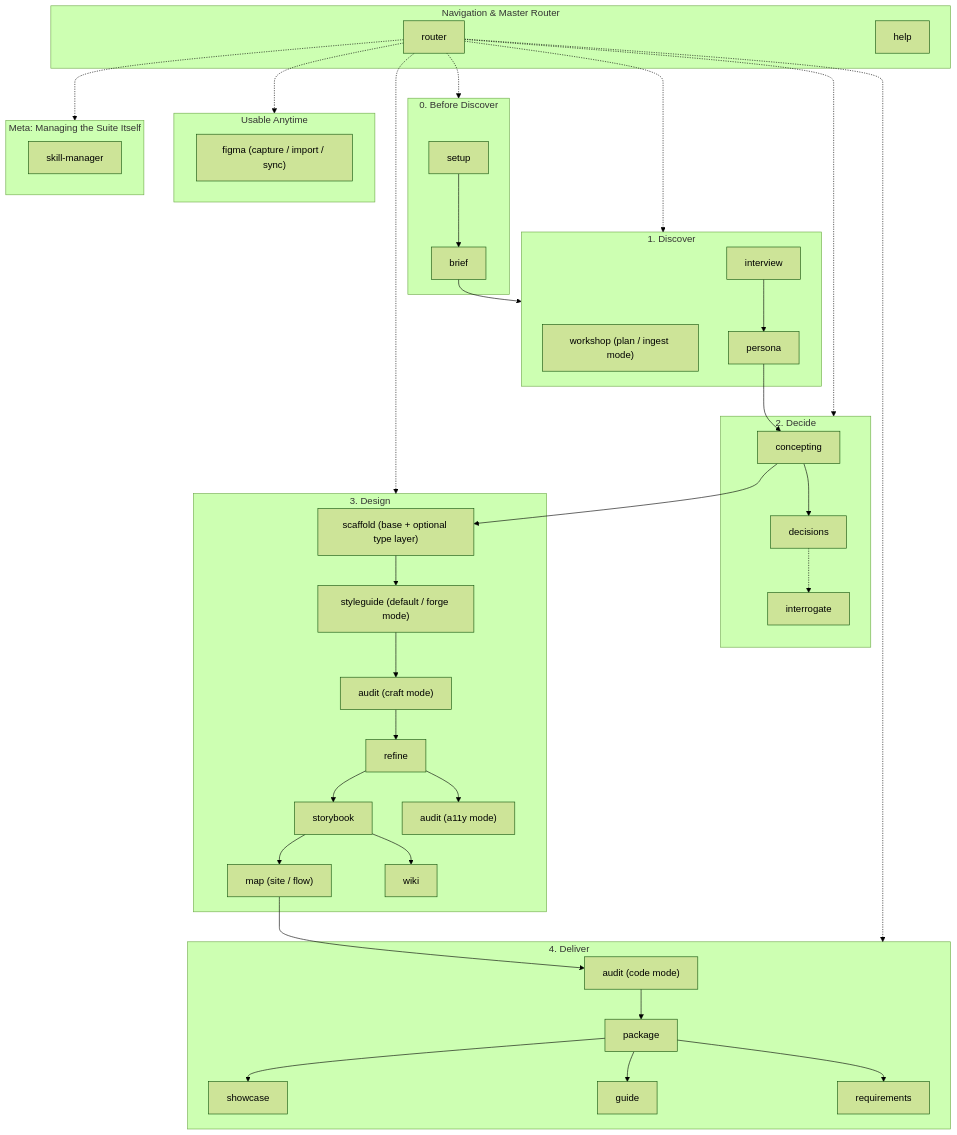
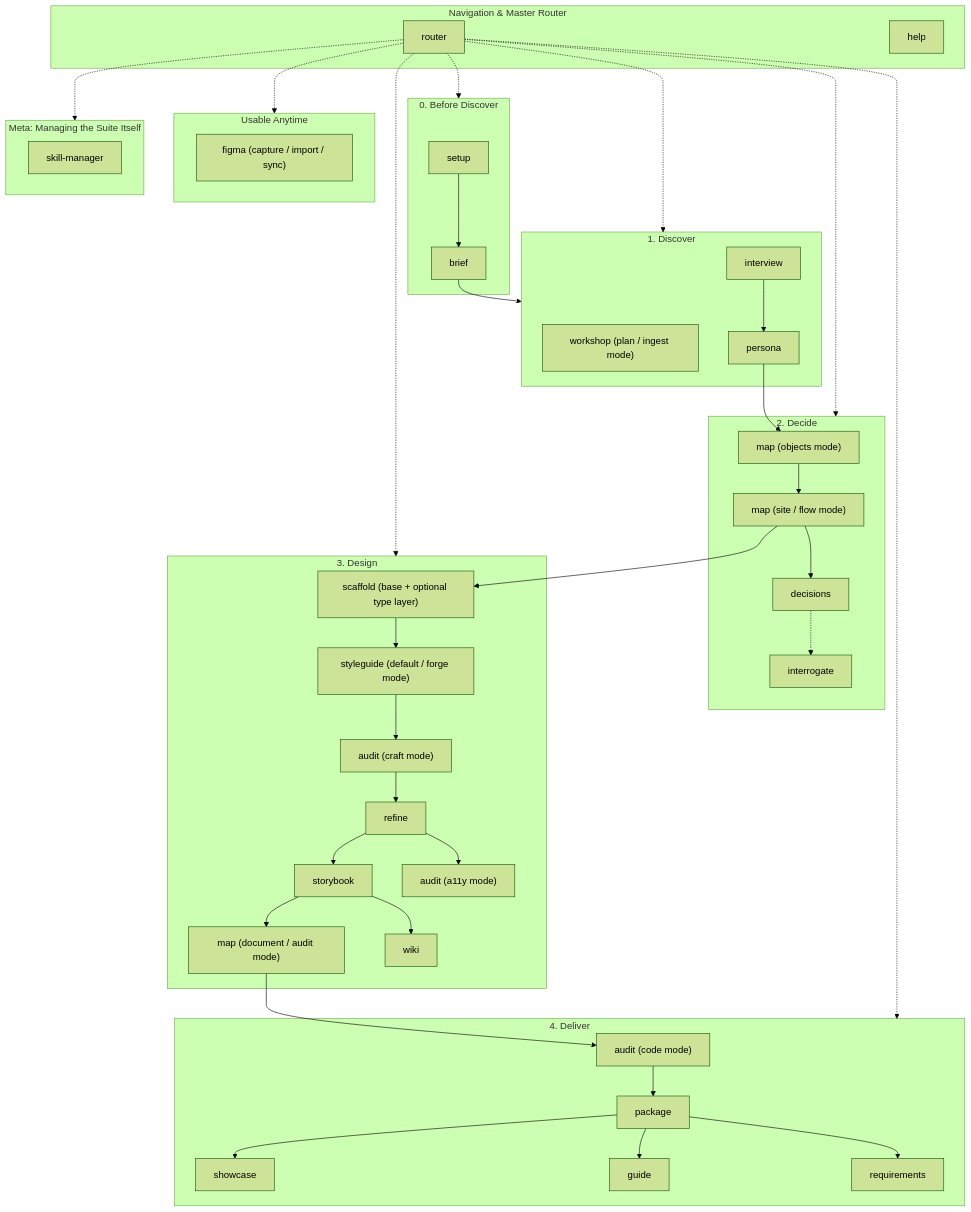
Before and after one commit to RPalis/AIXLab-Atlas: the diagram in AGENTS.md, drawn with Mermaid (forest theme). The commit also changed other lines of this file and 11 other files, not shown here.

````diff
--- a/AGENTS.md
+++ b/AGENTS.md
@@ -15,58 +15,59 @@
 ```mermaid
 flowchart TD
     subgraph Router ["Navigation & Master Router"]
         R0[router]
         RH[help]
     end
 
     subgraph Before ["0. Before Discover"]
         P00[setup] --> P00B[brief]
     end
 
     subgraph Discover ["1. Discover"]
         P0W["workshop (plan / ingest mode)"]
         P0U[interview] --> P1[persona]
     end
 
     subgraph Decide ["2. Decide"]
-        P1 --> P2[concepting]
-        P2 --> P7B[decisions]
+        P1 --> P2["map (objects mode)"]
+        P2 --> P2B["map (site / flow mode)"]
+        P2B --> P7B[decisions]
         P7B -.-> P7C[interrogate]
     end
 
     subgraph Design ["3. Design"]
-        P2 --> P3["scaffold (base + optional type layer)"]
+        P2B --> P3["scaffold (base + optional type layer)"]
         P3 --> P4["styleguide (default / forge mode)"]
         P4 --> PCA["audit (craft mode)"]
         PCA --> P5[refine]
         P5 --> P6[storybook]
-        P6 --> P7["map (site / flow)"]
+        P6 --> P7["map (document / audit mode)"]
         P5 --> P7D["audit (a11y mode)"]
         P6 --> P7F[wiki]
     end
 
     subgraph Deliver ["4. Deliver"]
         P7 --> P8["audit (code mode)"]
         P8 --> P9[package]
         P9 --> P9B[showcase]
         P9 --> P9C[guide]
         P9 --> P9D[requirements]
     end
 
     subgraph Anytime ["Usable Anytime"]
         FIG["figma (capture / import / sync)"]
     end
 
     subgraph Meta ["Meta: Managing the Suite Itself"]
         SM[skill-manager]
     end
 
     P00B --> Discover
     R0 -.-> Before
     R0 -.-> Discover
     R0 -.-> Decide
     R0 -.-> Design
     R0 -.-> Deliver
     R0 -.-> Anytime
     R0 -.-> Meta
 ```
````
